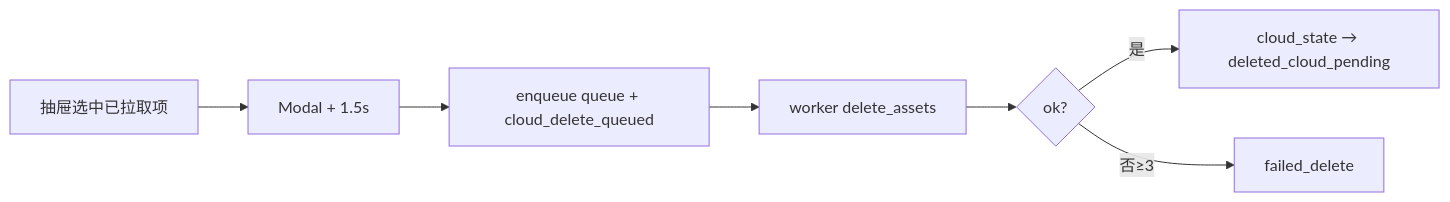
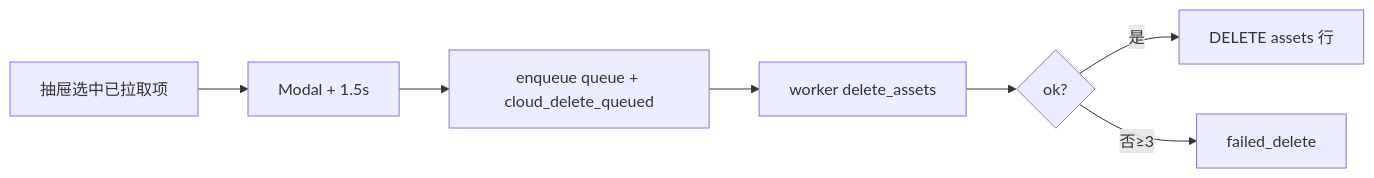
Before and after one commit to cz6c/ll-admin: the third of 3 diagrams in apps/admin/src/views/album/cloudSyncFlow.md, drawn with Mermaid. The commit also changed other lines of this file and 28 other files, not shown here.

````diff
--- a/apps/admin/src/views/album/cloudSyncFlow.md
+++ b/apps/admin/src/views/album/cloudSyncFlow.md
@@ -98,9 +98,9 @@
 ```mermaid
 flowchart LR
   A[抽屉选中已拉取项] --> B[Modal + 1.5s]
   B --> C[enqueue queue + cloud_delete_queued]
   C --> D[worker delete_assets]
   D --> E{ok?}
-  E -->|是| F[cloud_state → deleted_cloud_pending]
+  E -->|是| F[DELETE assets 行]
   E -->|否≥3| G[failed_delete]
 ```
````
